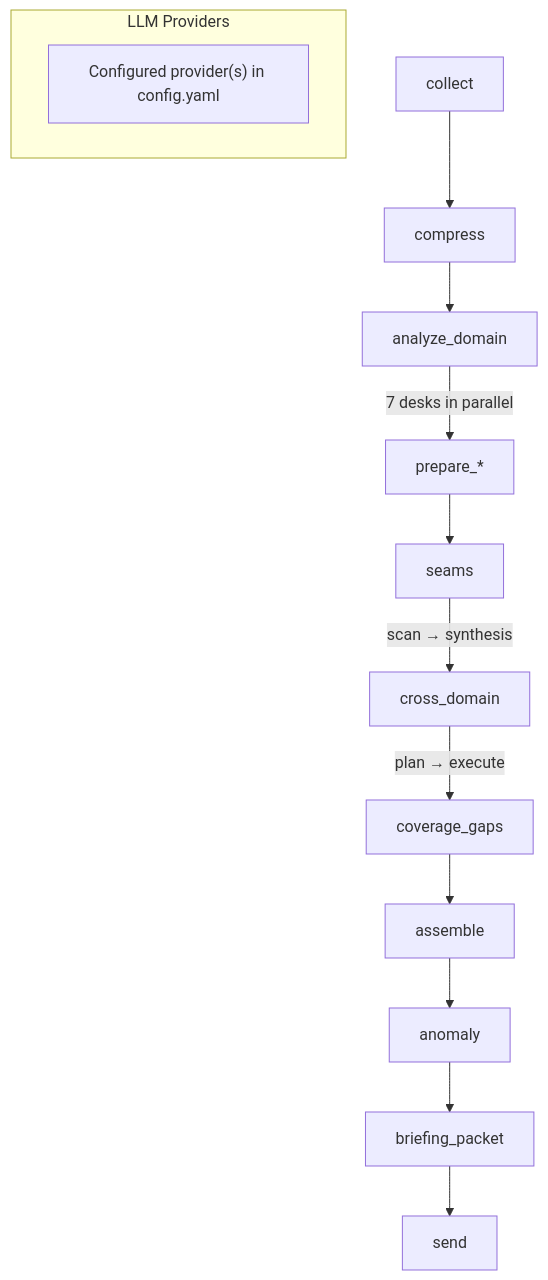
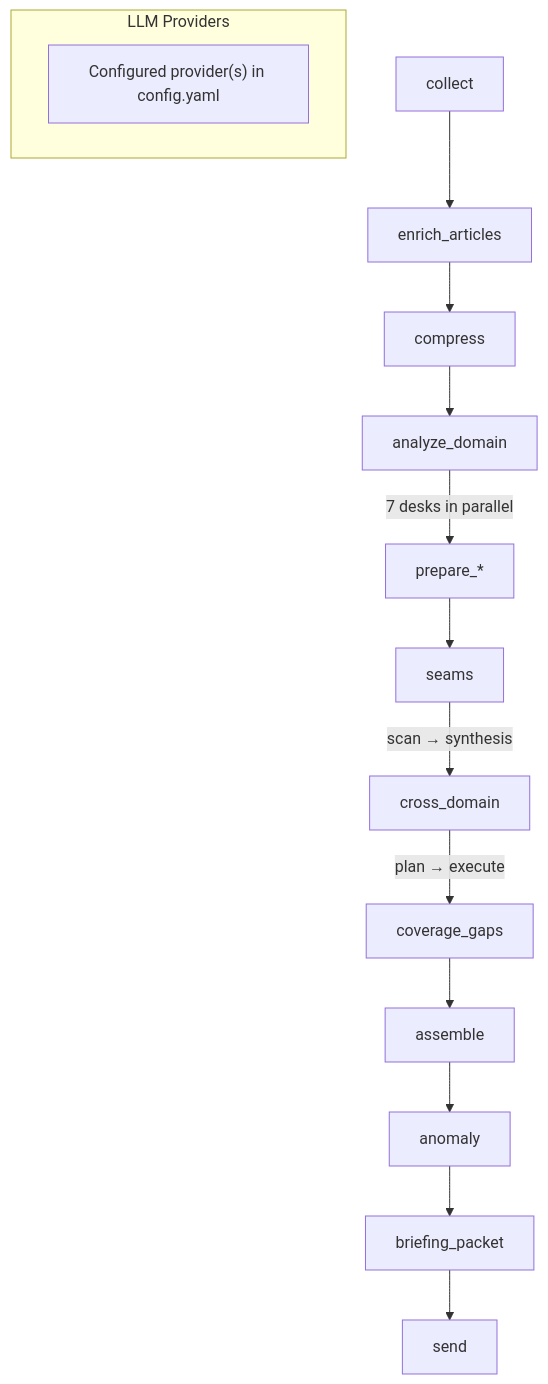
Before and after one commit to Aaron-Fine/morning-briefing: the second of 2 diagrams in README.md, drawn with Mermaid. The commit also changed other lines of this file and 33 other files, not shown here.

````diff
--- a/README.md
+++ b/README.md
@@ -56,17 +57,18 @@
 ```mermaid
 graph TD
-    collect --> compress
+    collect --> enrich_articles
+    enrich_articles --> compress
     compress --> analyze_domain
     analyze_domain -->|"7 desks in parallel"| prepare["prepare_*"]
     prepare --> seams
     seams -->|"scan → synthesis"| cross_domain
     cross_domain -->|"plan → execute"| coverage_gaps
     coverage_gaps --> assemble
     assemble --> anomaly
     anomaly --> briefing_packet
     briefing_packet --> send
 
     subgraph LLM Providers
         CFG["Configured provider(s) in config.yaml"]
     end
 ```
````
